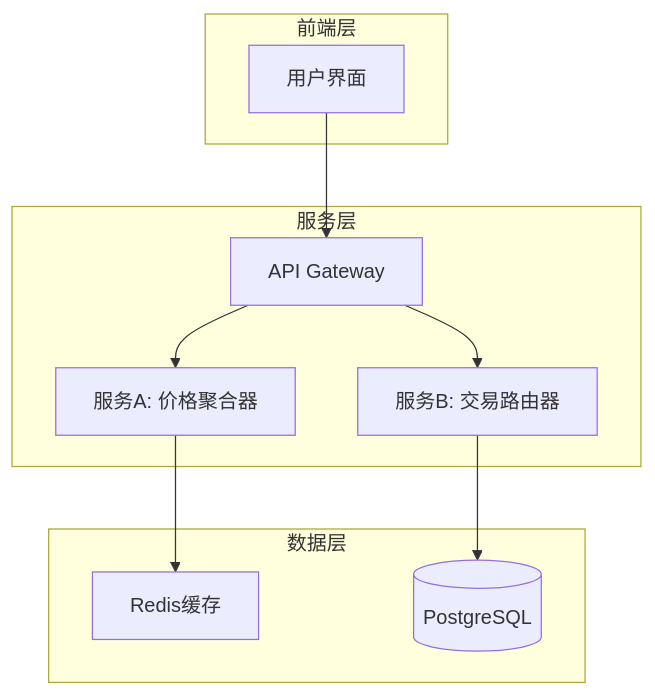
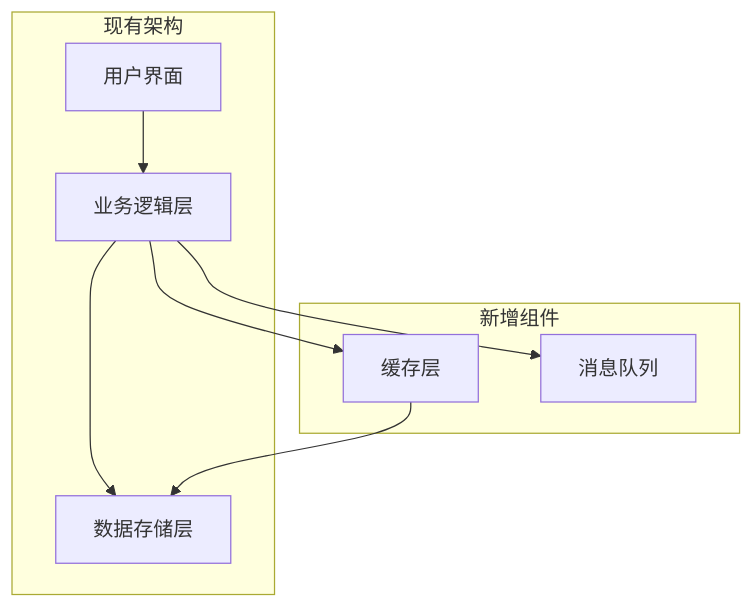
One commit to chenchiyuan/powerby-skills changed the first of 2 diagrams in skills/powerby-architect/SKILL.md. Above: the diagram before and after it, drawn with Mermaid. The commit also changed other lines of this file and 2 other files, not shown here.

````diff
--- a/skills/powerby-architect/SKILL.md
+++ b/skills/powerby-architect/SKILL.md
@@ -262,23 +343,19 @@
 ```mermaid
 graph TB
-    subgraph "前端层"
-        UI[用户界面]
+    subgraph "现有架构"
+        A[用户界面]
+        B[业务逻辑层]
+        C[数据存储层]
+        A --> B
+        B --> C
     end
 
-    subgraph "服务层"
-        API[API Gateway]
-        ServiceA[服务A: 价格聚合器]
-        ServiceB[服务B: 交易路由器]
+    subgraph "新增组件"
+        D[缓存层]
+        E[消息队列]
     end
 
-    subgraph "数据层"
-        Cache[Redis缓存]
-        DB[(PostgreSQL)]
-    end
-
-    UI --> API
-    API --> ServiceA
-    API --> ServiceB
-    ServiceA --> Cache
-    ServiceB --> DB
+    B --> D
+    B --> E
+    D --> C
 ```
````
